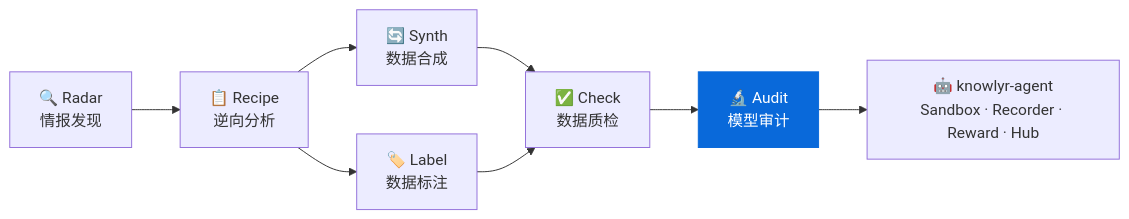
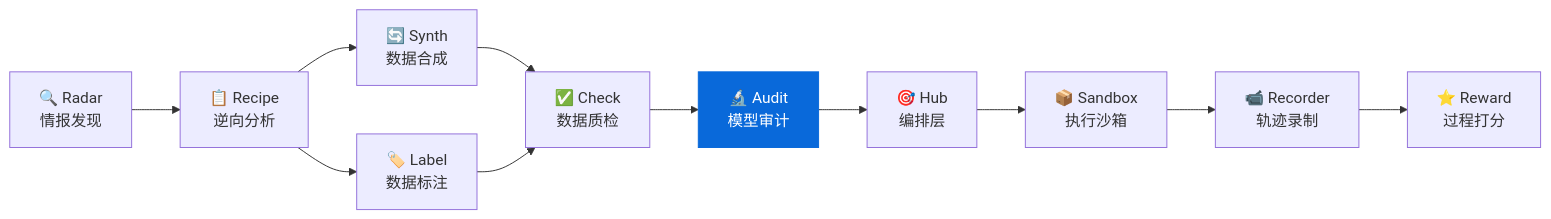
The diagram in README.md (liuxiaotong/model-audit), drawn with Mermaid before and after one commit. The commit also changed other lines of this file, not shown here.

````diff
--- a/README.md
+++ b/README.md
@@ -312,11 +340,14 @@
 ```mermaid
 graph LR
     Radar["🔍 Radar<br/>情报发现"] --> Recipe["📋 Recipe<br/>逆向分析"]
     Recipe --> Synth["🔄 Synth<br/>数据合成"]
     Recipe --> Label["🏷️ Label<br/>数据标注"]
     Synth --> Check["✅ Check<br/>数据质检"]
     Label --> Check
     Check --> Audit["🔬 Audit<br/>模型审计"]
-    Audit --> Agent["🤖 knowlyr-agent<br/>Sandbox · Recorder · Reward · Hub"]
+    Audit --> Hub["🎯 Hub<br/>编排层"]
+    Hub --> Sandbox["📦 Sandbox<br/>执行沙箱"]
+    Sandbox --> Recorder["📹 Recorder<br/>轨迹录制"]
+    Recorder --> Reward["⭐ Reward<br/>过程打分"]
     style Audit fill:#0969da,color:#fff,stroke:#0969da
 ```
````
